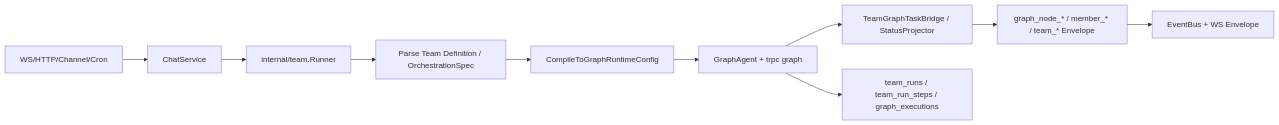
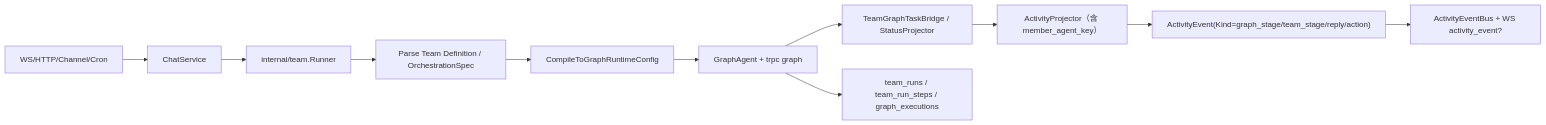
The third of 8 diagrams in docs/development/0-system-diagram.md (AmarsDing/aranea-agents), drawn with Mermaid before and after one commit. The commit also changed other lines of this file and 51 other files, not shown here.

````diff
--- a/docs/development/0-system-diagram.md
+++ b/docs/development/0-system-diagram.md
@@ -168,12 +172,13 @@
 ```mermaid
 flowchart LR
   WS["WS/HTTP/Channel/Cron"] --> Chat["ChatService"]
   Chat --> TeamRunner["internal/team.Runner"]
   TeamRunner --> Def["Parse Team Definition / OrchestrationSpec"]
   Def --> Compile["CompileToGraphRuntimeConfig"]
   Compile --> GraphAgent["GraphAgent + trpc graph"]
   GraphAgent --> Bridge["TeamGraphTaskBridge / StatusProjector"]
-  Bridge --> Events["graph_node_* / member_* / team_* Envelope"]
-  Events --> Bus["EventBus + WS Envelope"]
+  Bridge --> AP["ActivityProjector（含 member_agent_key）"]
+  AP --> AE["ActivityEvent(Kind=graph_stage/team_stage/reply/action)"]
+  AE --> Bus["ActivityEventBus + WS activity_event?"]
   GraphAgent --> Runs["team_runs / team_run_steps / graph_executions"]
 ```
````
